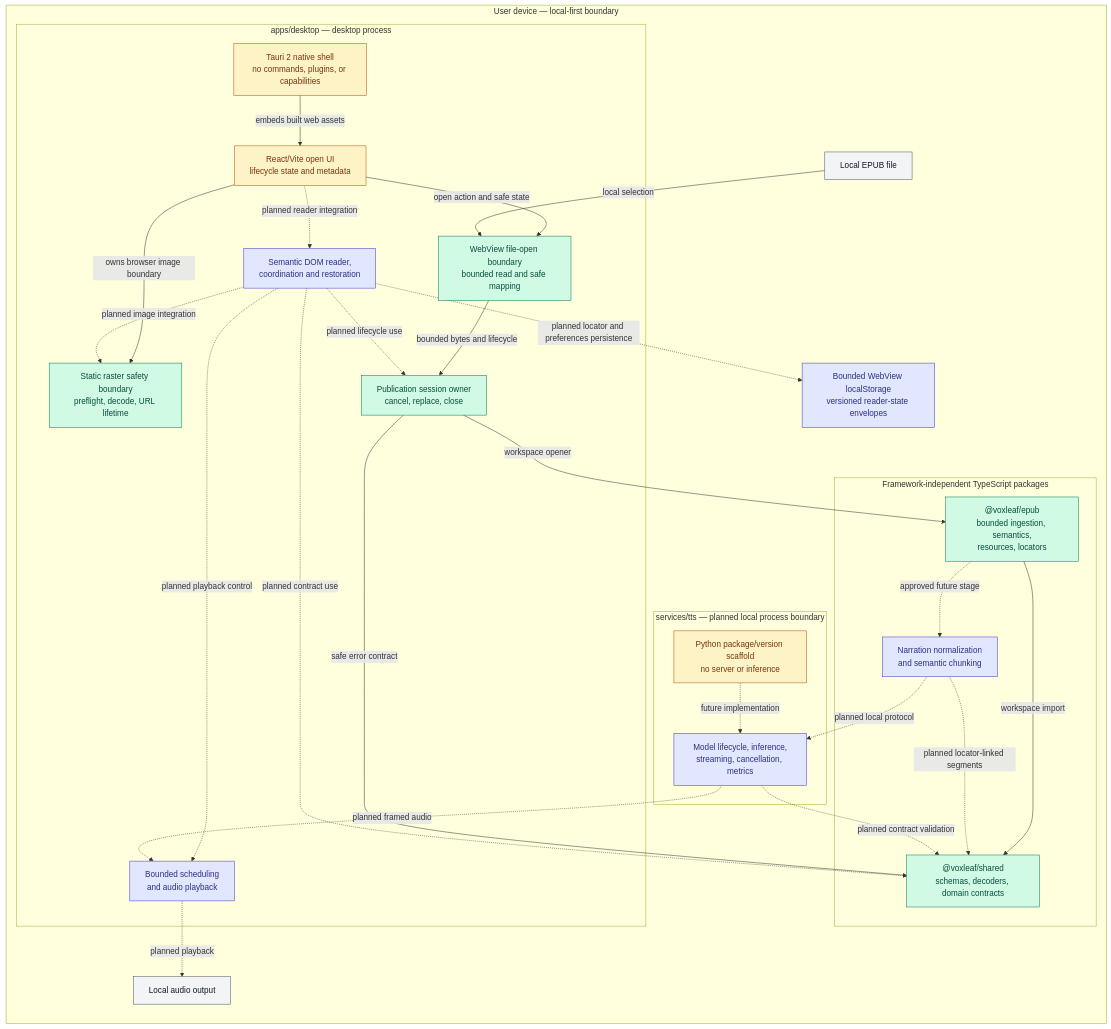
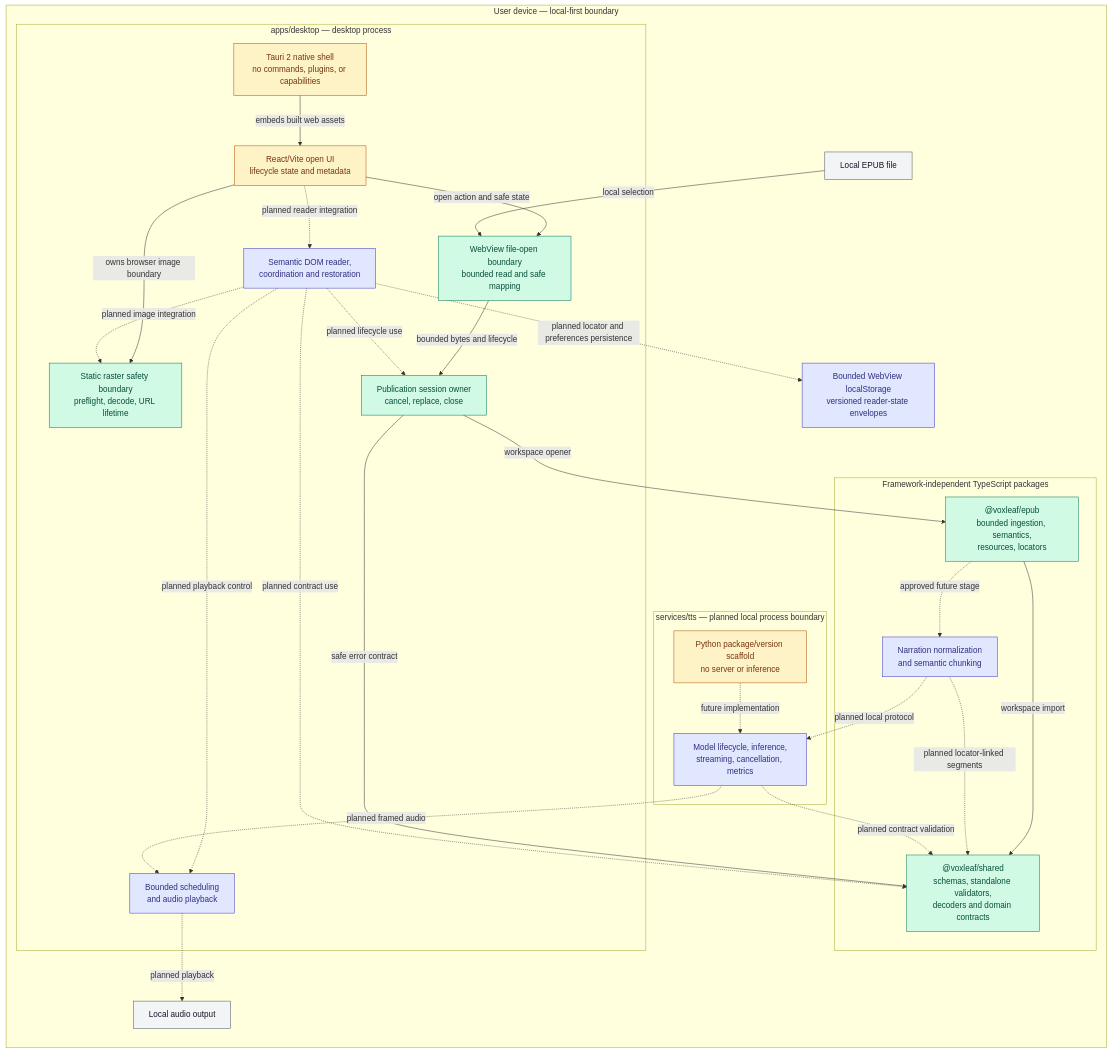
Before and after one commit to mmjosedaniel/voxleaf: the first of 2 diagrams in docs/architecture/system-diagram.md, drawn with Mermaid. The commit also changed other lines of this file and 29 other files, not shown here.

Commit message:
feat(shared): generate standalone contract validators (#54)

````diff
--- a/docs/architecture/system-diagram.md
+++ b/docs/architecture/system-diagram.md
@@ -24,56 +24,56 @@
 ```mermaid
 flowchart LR
   classDef implemented fill:#d1fae5,stroke:#047857,color:#064e3b
   classDef partial fill:#fef3c7,stroke:#b45309,color:#78350f
   classDef planned fill:#e0e7ff,stroke:#4338ca,color:#312e81
   classDef external fill:#f3f4f6,stroke:#4b5563,color:#111827
 
   subgraph device["User device — local-first boundary"]
     epubFile["Local EPUB file"]:::external
     audioDevice["Local audio output"]:::external
     readingStore["Bounded WebView localStorage<br/>versioned reader-state envelopes"]:::planned
 
     subgraph desktop["apps/desktop — desktop process"]
       nativeShell["Tauri 2 native shell<br/>no commands, plugins, or capabilities"]:::partial
       webShell["React/Vite open UI<br/>lifecycle state and metadata"]:::partial
       fileBoundary["WebView file-open boundary<br/>bounded read and safe mapping"]:::implemented
       rasterBoundary["Static raster safety boundary<br/>preflight, decode, URL lifetime"]:::implemented
       publicationSession["Publication session owner<br/>cancel, replace, close"]:::implemented
       reader["Semantic DOM reader,<br/>coordination and restoration"]:::planned
       player["Bounded scheduling<br/>and audio playback"]:::planned
       nativeShell -->|embeds built web assets| webShell
       webShell -->|open action and safe state| fileBoundary
       webShell -->|owns browser image boundary| rasterBoundary
       webShell -. planned reader integration .-> reader
       fileBoundary -->|bounded bytes and lifecycle| publicationSession
       reader -. planned lifecycle use .-> publicationSession
       reader -. planned image integration .-> rasterBoundary
       reader -. planned playback control .-> player
     end
 
     subgraph libraries["Framework-independent TypeScript packages"]
-      shared["@voxleaf/shared<br/>schemas, decoders, domain contracts"]:::implemented
+      shared["@voxleaf/shared<br/>schemas, standalone validators,<br/>decoders and domain contracts"]:::implemented
       epub["@voxleaf/epub<br/>bounded ingestion, semantics,<br/>resources, locators"]:::implemented
       narration["Narration normalization<br/>and semantic chunking"]:::planned
       epub -->|workspace import| shared
       epub -. approved future stage .-> narration
     end
 
     subgraph tts["services/tts — planned local process boundary"]
       ttsFoundation["Python package/version scaffold<br/>no server or inference"]:::partial
       ttsRuntime["Model lifecycle, inference,<br/>streaming, cancellation, metrics"]:::planned
       ttsFoundation -. future implementation .-> ttsRuntime
     end
   end
 
   epubFile -->|local selection| fileBoundary
   publicationSession -->|workspace opener| epub
   publicationSession -->|safe error contract| shared
   reader -. planned contract use .-> shared
   reader -. planned locator and preferences persistence .-> readingStore
   narration -. planned locator-linked segments .-> shared
   narration -. planned local protocol .-> ttsRuntime
   ttsRuntime -. planned contract validation .-> shared
   ttsRuntime -. planned framed audio .-> player
   player -. planned playback .-> audioDevice
 ```
````
